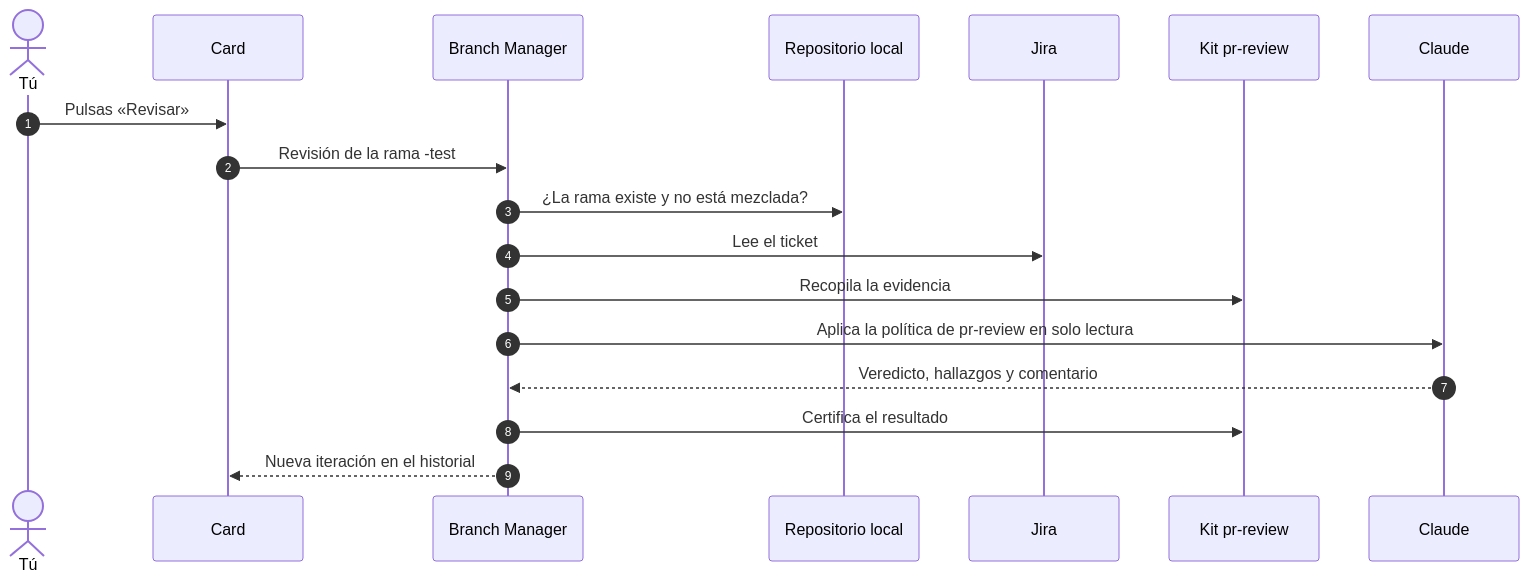
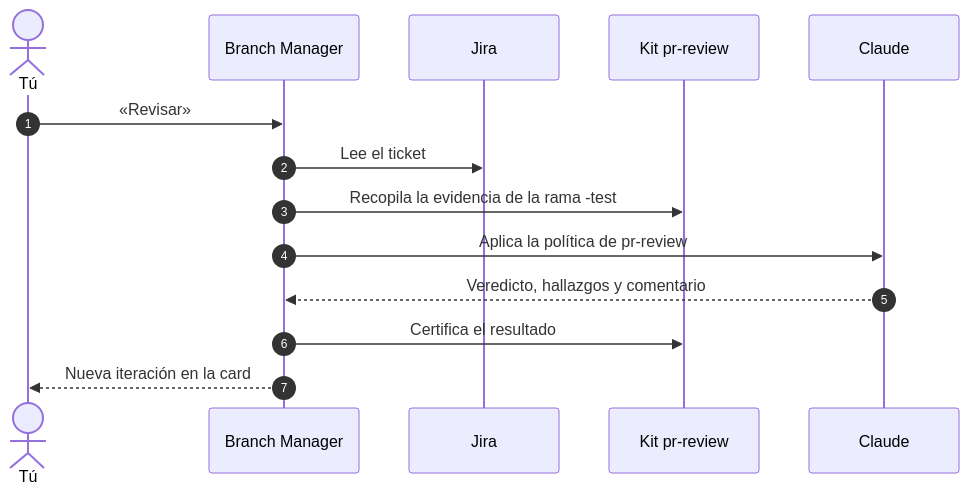
Before and after one commit to esinergiajohan/smart-goals-2026: the fourth of 6 diagrams in README.md, drawn with Mermaid. The commit also changed other lines of this file, not shown here.

Commit message:
docs: README en grid con la card en la cabecera

````diff
--- a/README.md
+++ b/README.md
@@ -259,20 +245,16 @@
 ```mermaid
 sequenceDiagram
   autonumber
   actor Tu as Tú
-  participant Card as Card
   participant API as Branch Manager
-  participant Git as Repositorio local
   participant Jira as Jira
   participant Kit as Kit pr-review
   participant IA as Claude
-  Tu->>Card: Pulsas «Revisar»
-  Card->>API: Revisión de la rama -test
-  API->>Git: ¿La rama existe y no está mezclada?
+  Tu->>API: «Revisar»
   API->>Jira: Lee el ticket
-  API->>Kit: Recopila la evidencia
-  API->>IA: Aplica la política de pr-review en solo lectura
+  API->>Kit: Recopila la evidencia de la rama -test
+  API->>IA: Aplica la política de pr-review
   IA-->>API: Veredicto, hallazgos y comentario
   API->>Kit: Certifica el resultado
-  API-->>Card: Nueva iteración en el historial
+  API-->>Tu: Nueva iteración en la card
 ```
````
